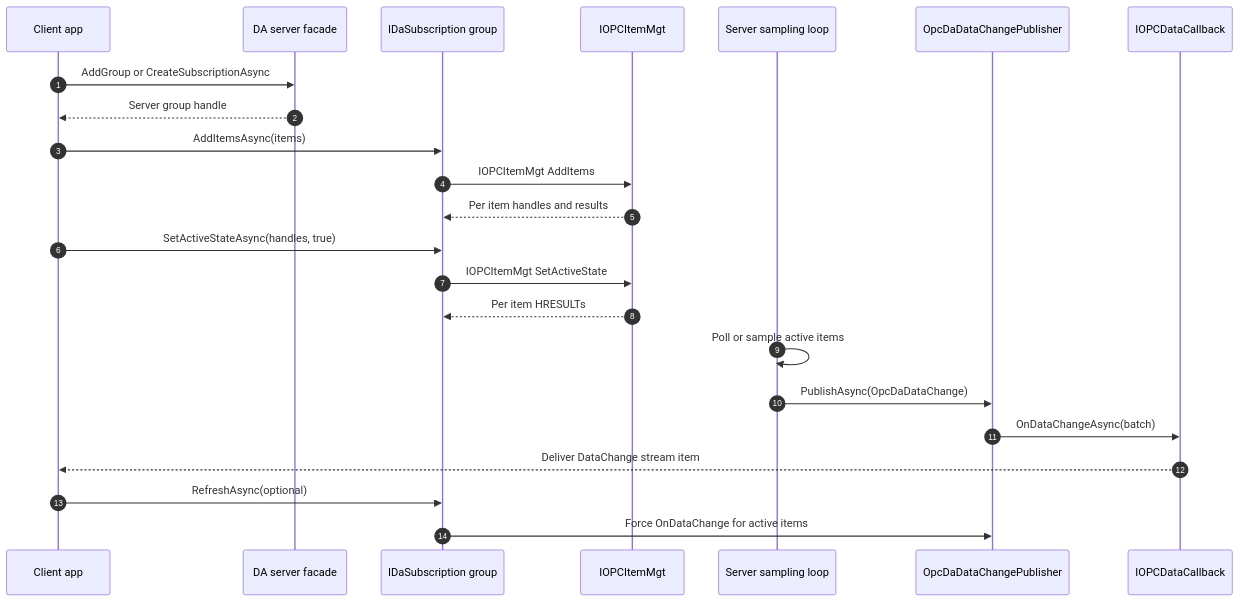
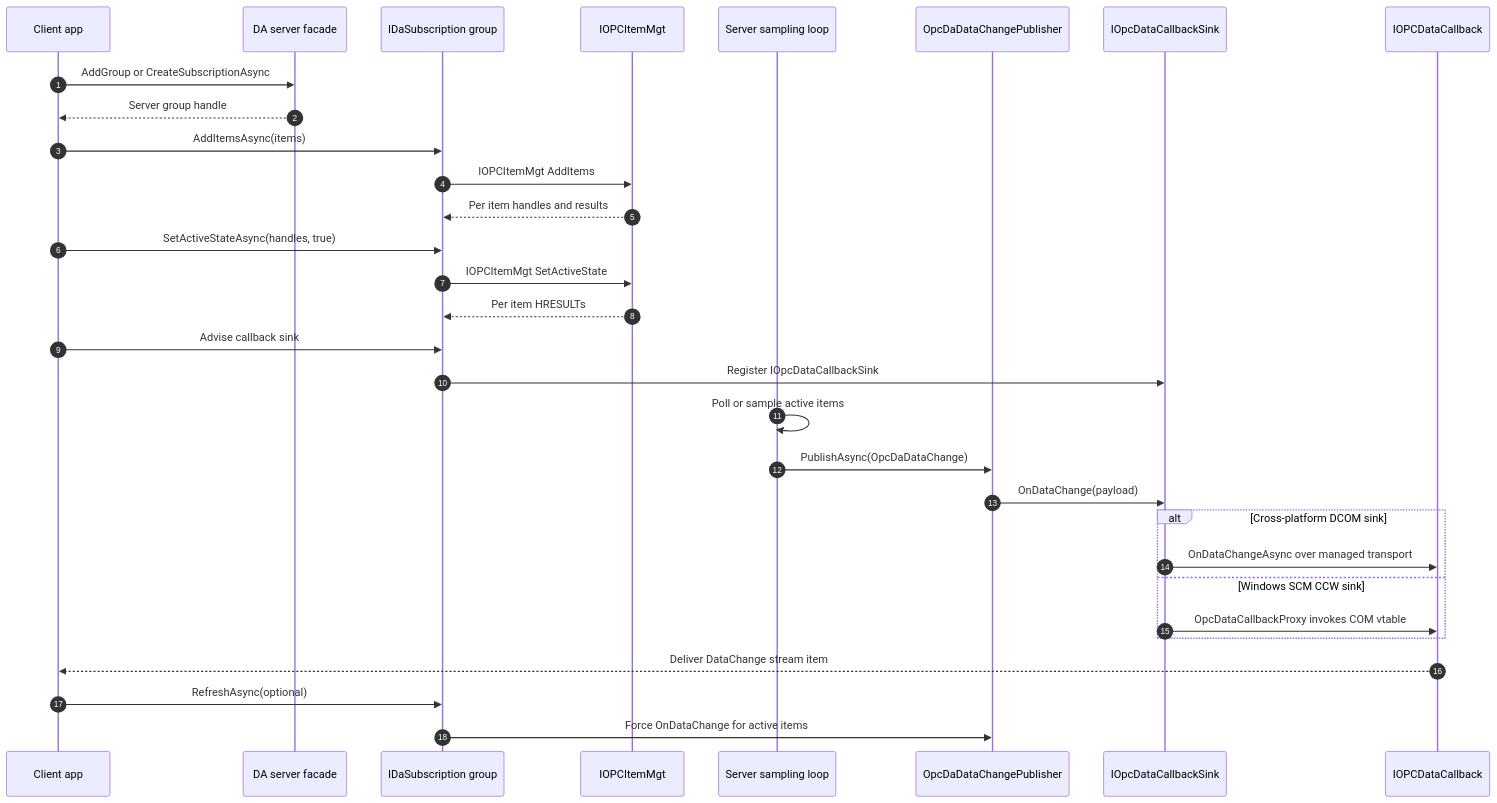
The diagram in docs/diagrams/09-subscription-data-flow.md (marcschier/opc-classic), drawn with Mermaid before and after one commit. The commit also changed other lines of this file and 13 other files, not shown here.

First line of the commit message:
docs(cap-f4): refresh architecture + security + diagrams for rc.7

````diff
--- a/docs/diagrams/09-subscription-data-flow.md
+++ b/docs/diagrams/09-subscription-data-flow.md
@@ -9,26 +9,34 @@
 ```mermaid
 sequenceDiagram
     autonumber
     participant App as Client app
     participant Server as DA server facade
     participant Sub as IDaSubscription group
     participant Items as IOPCItemMgt
     participant Sampler as Server sampling loop
     participant Publisher as OpcDaDataChangePublisher
+    participant Sink as IOpcDataCallbackSink
     participant Callback as IOPCDataCallback
 
     App->>Server: AddGroup or CreateSubscriptionAsync
     Server-->>App: Server group handle
     App->>Sub: AddItemsAsync(items)
     Sub->>Items: IOPCItemMgt AddItems
     Items-->>Sub: Per item handles and results
     App->>Sub: SetActiveStateAsync(handles, true)
     Sub->>Items: IOPCItemMgt SetActiveState
     Items-->>Sub: Per item HRESULTs
+    App->>Sub: Advise callback sink
+    Sub->>Sink: Register IOpcDataCallbackSink
     Sampler->>Sampler: Poll or sample active items
     Sampler->>Publisher: PublishAsync(OpcDaDataChange)
-    Publisher->>Callback: OnDataChangeAsync(batch)
+    Publisher->>Sink: OnDataChange(payload)
+    alt Cross-platform DCOM sink
+        Sink->>Callback: OnDataChangeAsync over managed transport
+    else Windows SCM CCW sink
+        Sink->>Callback: OpcDataCallbackProxy invokes COM vtable
+    end
     Callback-->>App: Deliver DataChange stream item
     App->>Sub: RefreshAsync(optional)
     Sub->>Publisher: Force OnDataChange for active items
 ```
````
